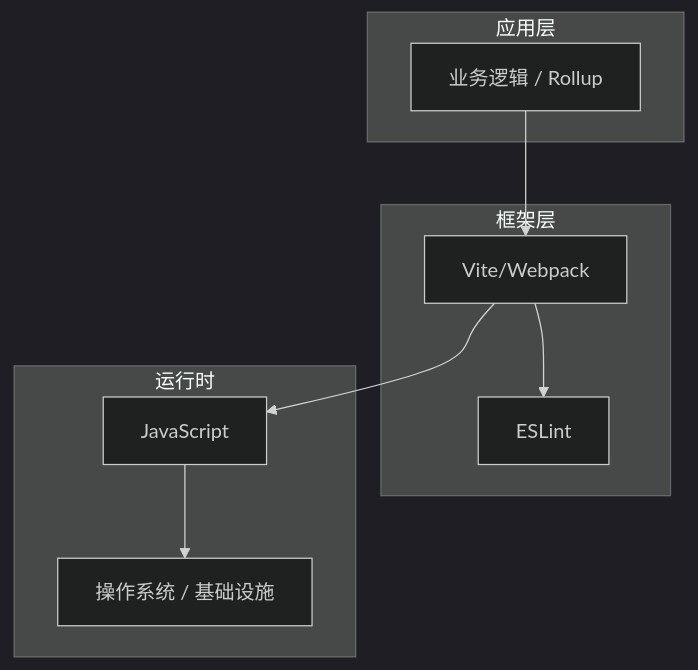
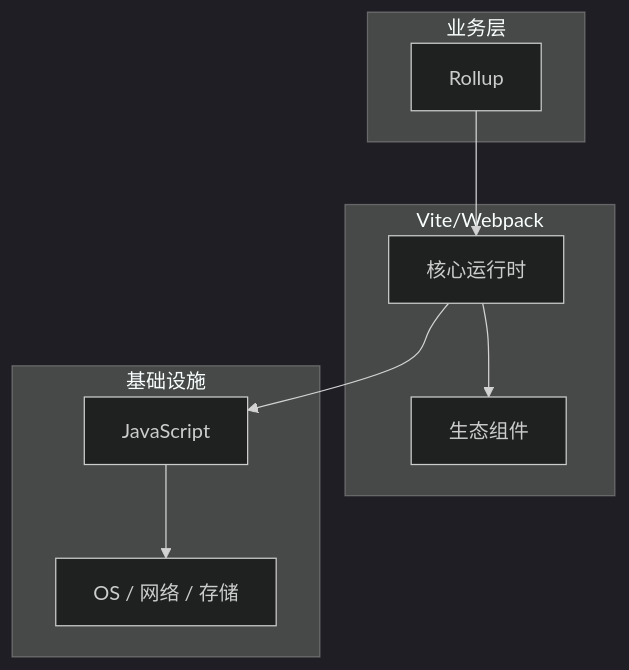
The diagram in articles/前端工程化/chapters/031-Rollup核心概念与原理.md (yanggan2015/knowledge-json-v2), drawn with Mermaid (dark theme) before and after one commit. The commit also changed other lines of this file and 10127 other files, not shown here.

````diff
--- a/articles/前端工程化/chapters/031-Rollup核心概念与原理.md
+++ b/articles/前端工程化/chapters/031-Rollup核心概念与原理.md
@@ -45,18 +34,18 @@
 ```mermaid
 graph TB
-    subgraph 应用层
-        A[业务逻辑 / Rollup]
+    subgraph 业务层
+        A[Rollup]
     end
-    subgraph 框架层
-        B[Vite/Webpack]
-        C[ESLint]
+    subgraph Vite/Webpack
+        B[核心运行时]
+        C[生态组件]
     end
-    subgraph 运行时
+    subgraph 基础设施
         D[JavaScript]
-        E[操作系统 / 基础设施]
+        E[OS / 网络 / 存储]
     end
     A --> B
     B --> C
     B --> D
     D --> E
 ```
````
